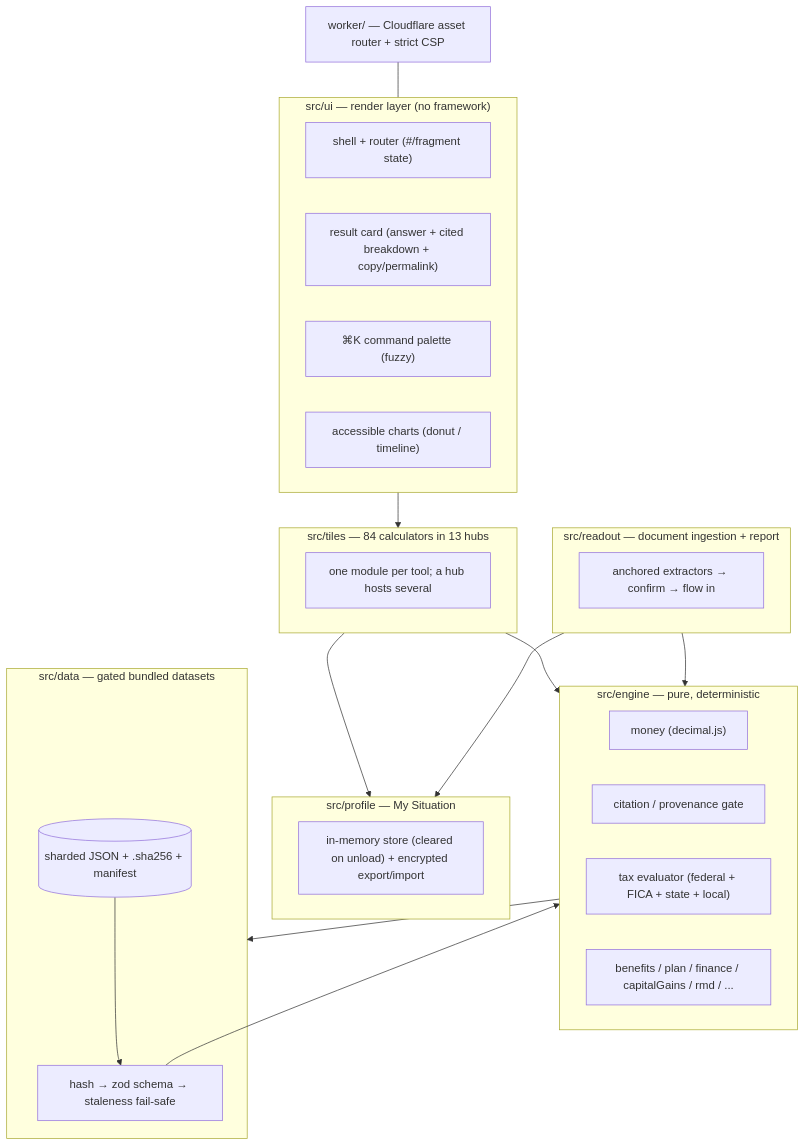
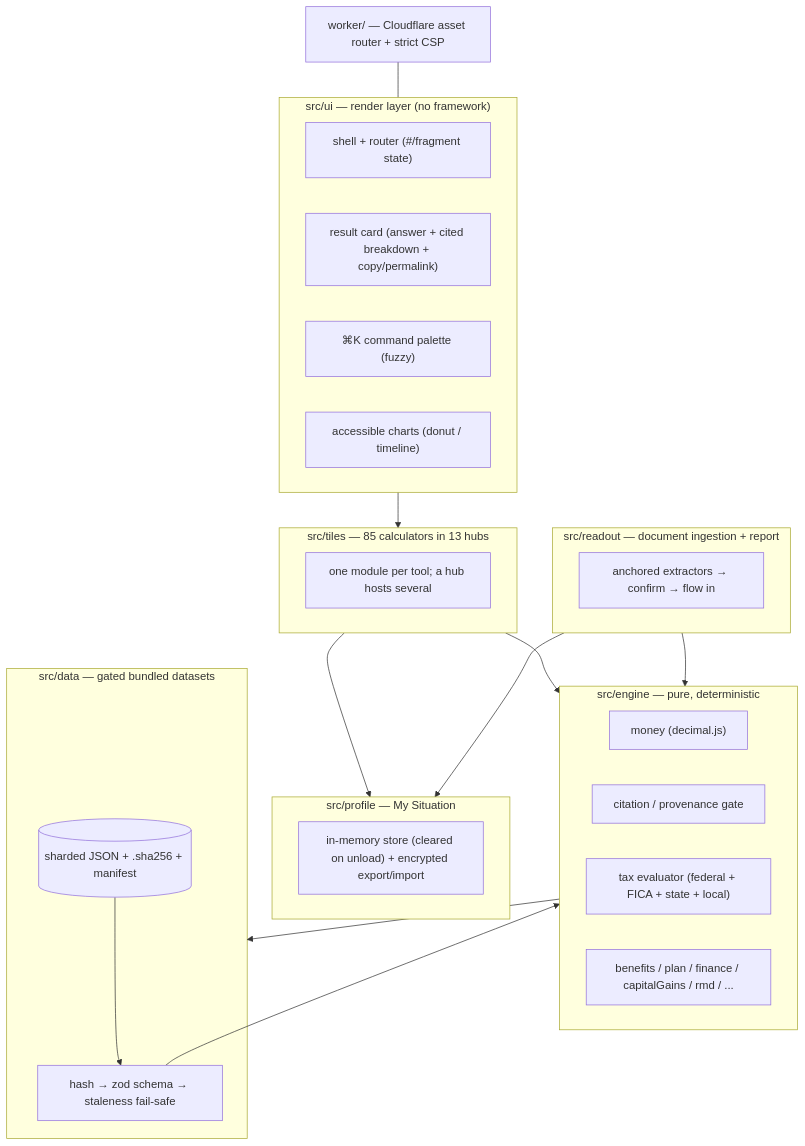
Before and after one commit to clay-good/enklayve: the second of 7 diagrams in docs/under-the-hood.md, drawn with Mermaid. The commit also changed other lines of this file and 25 other files, not shown here.

````diff
--- a/docs/under-the-hood.md
+++ b/docs/under-the-hood.md
@@ -300,36 +300,36 @@
 ```mermaid
 flowchart TD
     subgraph UI["src/ui — render layer (no framework)"]
         SH["shell + router (#/fragment state)"]
         RC["result card (answer + cited breakdown + copy/permalink)"]
         CP["⌘K command palette (fuzzy)"]
         CH["accessible charts (donut / timeline)"]
     end
-    subgraph TILES["src/tiles — 84 calculators in 13 hubs"]
+    subgraph TILES["src/tiles — 85 calculators in 13 hubs"]
         T1["one module per tool; a hub hosts several"]
     end
     subgraph PROFILE["src/profile — My Situation"]
         PS["in-memory store (cleared on unload) + encrypted export/import"]
     end
     subgraph READOUT["src/readout — document ingestion + report"]
         RX["anchored extractors → confirm → flow in"]
     end
     subgraph ENGINE["src/engine — pure, deterministic"]
         MN["money (decimal.js)"]
         CI["citation / provenance gate"]
         TAX["tax evaluator (federal + FICA + state + local)"]
         BEN["benefits / plan / finance / capitalGains / rmd / ..."]
     end
     subgraph DATA["src/data — gated bundled datasets"]
         LO["hash → zod schema → staleness fail-safe"]
         DS[("sharded JSON + .sha256 + manifest")]
     end
     TILES --> ENGINE
     READOUT --> ENGINE
     TILES --> PROFILE
     READOUT --> PROFILE
     UI --> TILES
     ENGINE --> DATA
     DS --> LO --> ENGINE
     WORKER["worker/ — Cloudflare asset router + strict CSP"] --- UI
 ```
````
